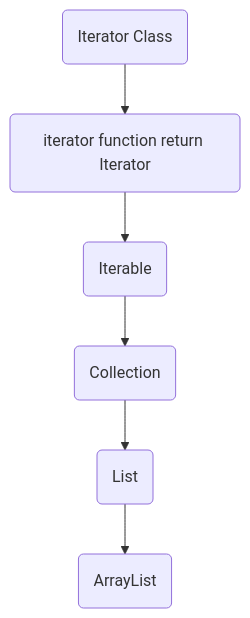
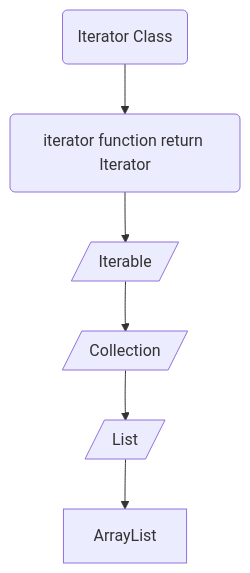
One commit to K4mp47/obsidian-git-sync changed the diagram in Secondo Anno/OOP/modulo 2/Indice modulo 2.md. Above: the diagram before and after it, drawn with Mermaid. The commit also changed other lines of this file and 19 other files, not shown here.

````diff
--- a/Secondo Anno/OOP/modulo 2/Indice modulo 2.md
+++ b/Secondo Anno/OOP/modulo 2/Indice modulo 2.md
@@ -142,14 +141,14 @@
 ```mermaid
 graph TD
 
-n1(Iterable)
-n2(Collection)
-n3(List)
-n4(ArrayList)
+n1[/Iterable/]
+n2[/Collection/]
+n3[/List/]
+n4[ArrayList]
 
 n5(iterator function return Iterator)
 n6(Iterator Class)
 
 n1 --> n2 --> n3 --> n4
 n6 --> n5 --> n1
 ```
````
